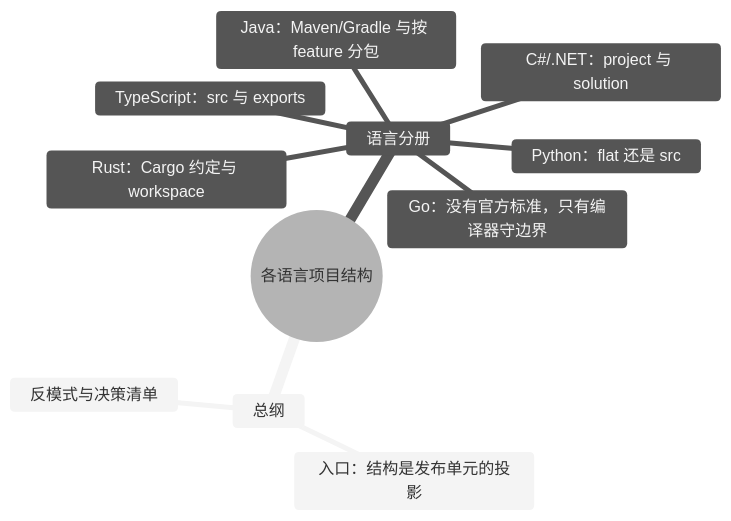
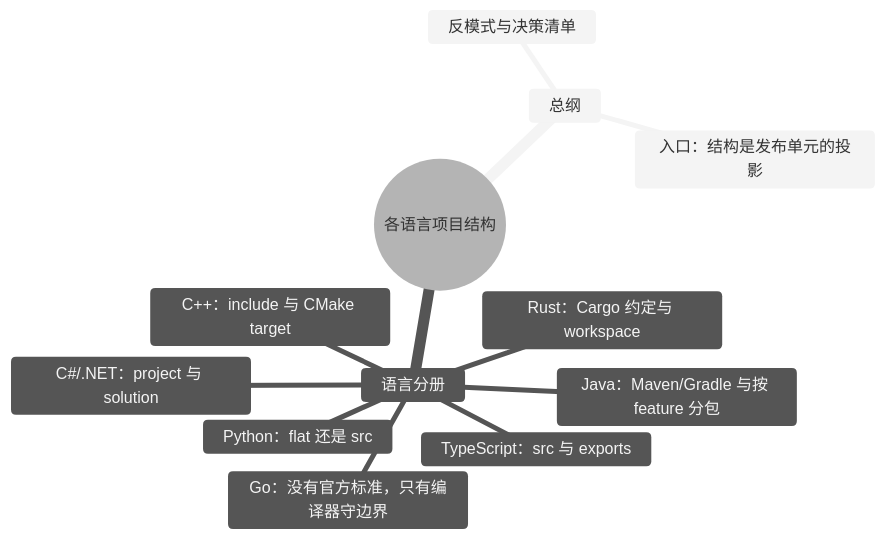
Before and after one commit to qknow-0/blog: the second of 2 diagrams in architecture/project-structure/index.md, drawn with Mermaid (neutral theme). The commit also changed other lines of this file and 4 other files, not shown here.

````diff
--- a/architecture/project-structure/index.md
+++ b/architecture/project-structure/index.md
@@ -227,14 +227,15 @@
 ```mermaid
 mindmap
   root((各语言项目结构))
     总纲
       入口：结构是发布单元的投影
       反模式与决策清单
     语言分册
       Go：没有官方标准，只有编译器守边界
       Python：flat 还是 src
       TypeScript：src 与 exports
       Rust：Cargo 约定与 workspace
       Java：Maven/Gradle 与按 feature 分包
       C#/.NET：project 与 solution
+      C++：include 与 CMake target
 ```
````
